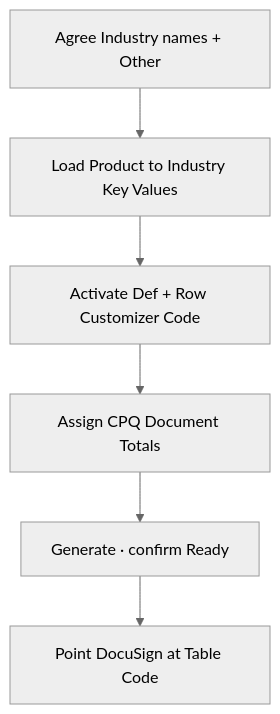
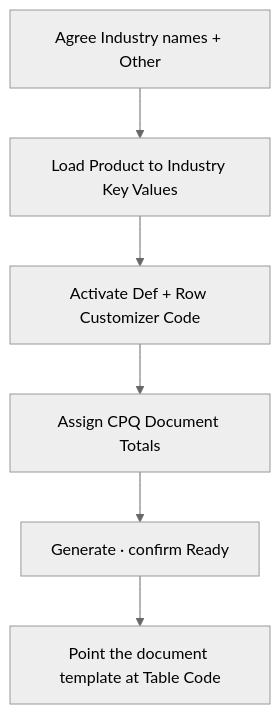
Diagram 21 of 21 in docs/quote-document-totals-for-business-admins.md (gkolan/quote-document-totals), drawn with Mermaid (neutral theme) before and after one commit. The commit also changed other lines of this file, not shown here.

````diff
--- a/docs/quote-document-totals-for-business-admins.md
+++ b/docs/quote-document-totals-for-business-admins.md
@@ -693,8 +695,8 @@
 ```mermaid
 flowchart TD
     A["Agree Industry names + Other"] --> B["Load Product to Industry Key Values"]
     B --> C["Activate Def + Row Customizer Code"]
     C --> D["Assign CPQ Document Totals"]
     D --> E["Generate · confirm Ready"]
-    E --> F["Point DocuSign at Table Code"]
+    E --> F["Point the document template at Table Code"]
 ```
````
